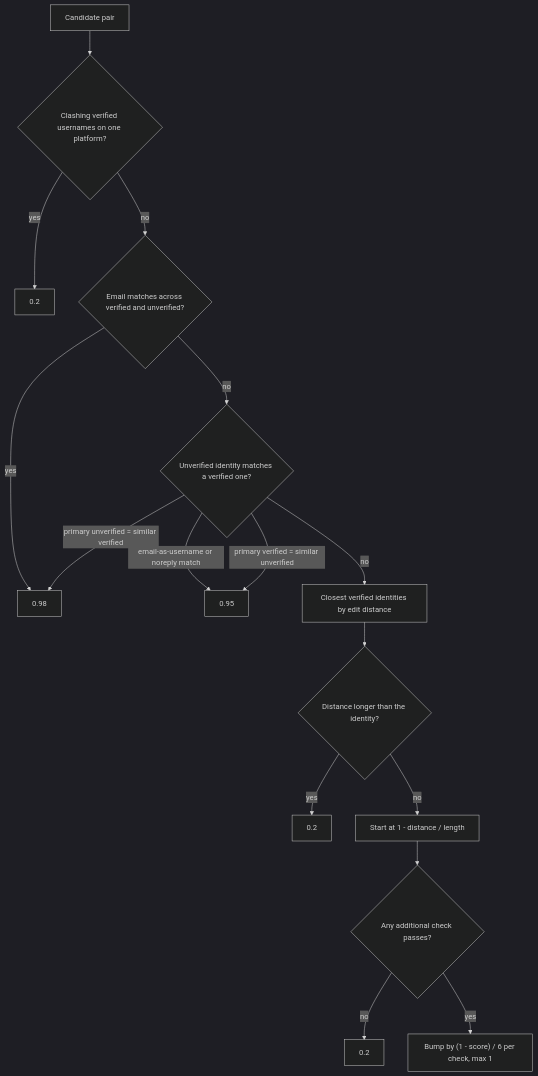
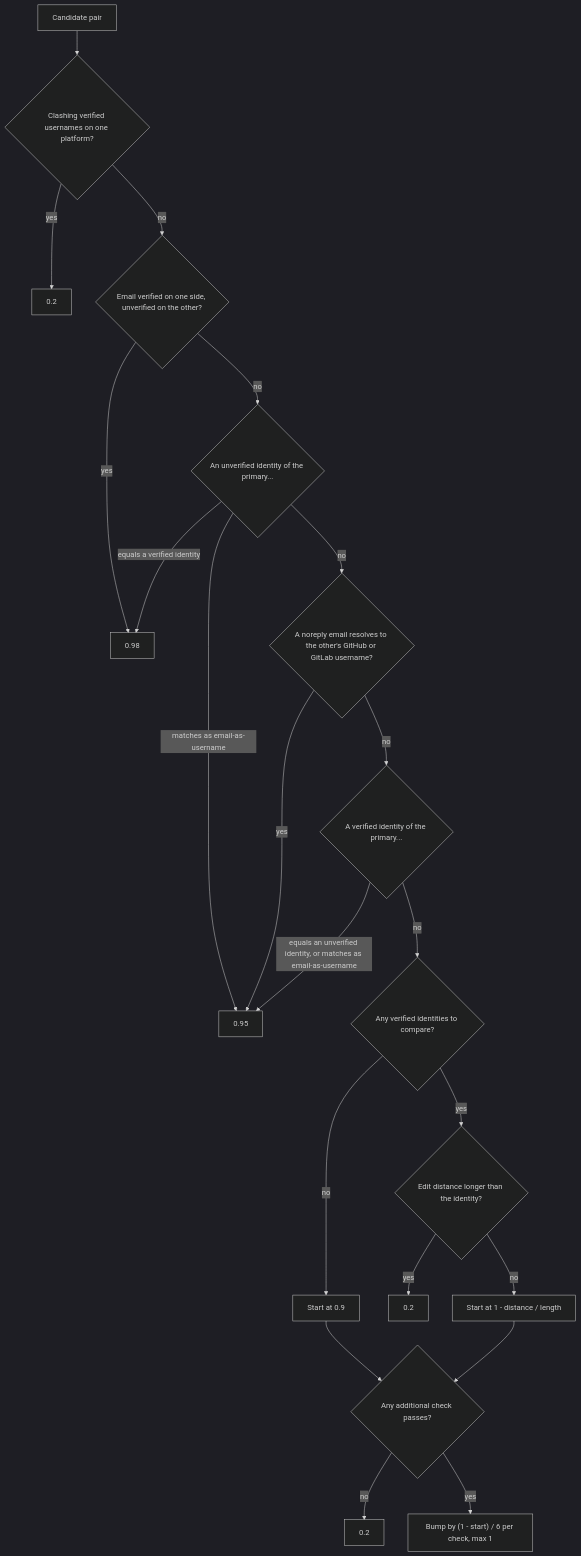
One commit to linuxfoundation/crowd.dev changed the first of 2 diagrams in services/apps/merge_suggestions_worker/README.md. Above: the diagram before and after it, drawn with Mermaid (dark theme). The commit also changed other lines of this file, not shown here.

Commit message:
docs: redraw member scoring in the order the code checks it

````diff
--- a/services/apps/merge_suggestions_worker/README.md
+++ b/services/apps/merge_suggestions_worker/README.md
@@ -15,18 +16,23 @@
 ```mermaid
 flowchart TD
     A[Candidate pair] --> B{"Clashing verified usernames on one platform?"}
     B -->|yes| L1[0.2]
-    B -->|no| C{"Email matches across verified and unverified?"}
+    B -->|no| C{"Email verified on one side, unverified on the other?"}
     C -->|yes| H98[0.98]
-    C -->|no| D{"Unverified identity matches a verified one?"}
-    D -->|"primary unverified = similar verified"| H98
-    D -->|"email-as-username or noreply match"| H95[0.95]
-    D -->|"primary verified = similar unverified"| H95
-    D -->|no| E["Closest verified identities by edit distance"]
-    E --> F{"Distance longer than the identity?"}
+    C -->|no| D{"An unverified identity of the primary..."}
+    D -->|"equals a verified identity"| H98
+    D -->|"matches as email-as-username"| H95[0.95]
+    D -->|no| N{"A noreply email resolves to the other's GitHub or GitLab username?"}
+    N -->|yes| H95
+    N -->|no| V{"A verified identity of the primary..."}
+    V -->|"equals an unverified identity, or matches as email-as-username"| H95
+    V -->|no| E{"Any verified identities to compare?"}
+    E -->|no| S90["Start at 0.9"]
+    E -->|yes| F{"Edit distance longer than the identity?"}
     F -->|yes| L2[0.2]
     F -->|no| G["Start at 1 - distance / length"]
-    G --> X{"Any additional check passes?"}
+    S90 --> X{"Any additional check passes?"}
+    G --> X
     X -->|no| L3[0.2]
-    X -->|yes| Y["Bump by (1 - score) / 6 per check, max 1"]
+    X -->|yes| Y["Bump by (1 - start) / 6 per check, max 1"]
 ```
````
